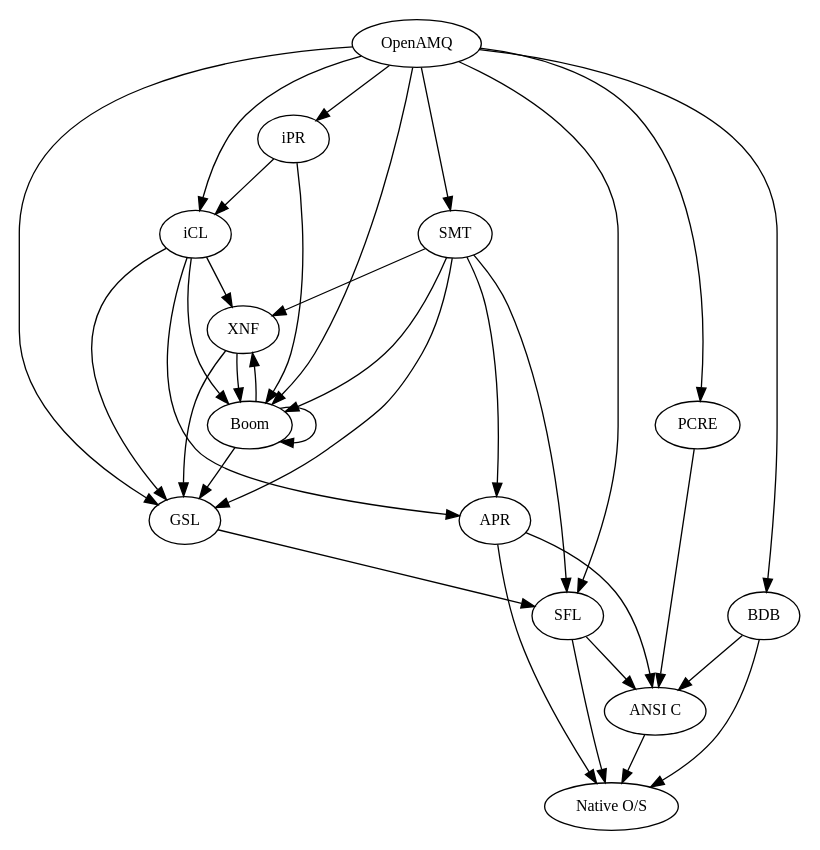
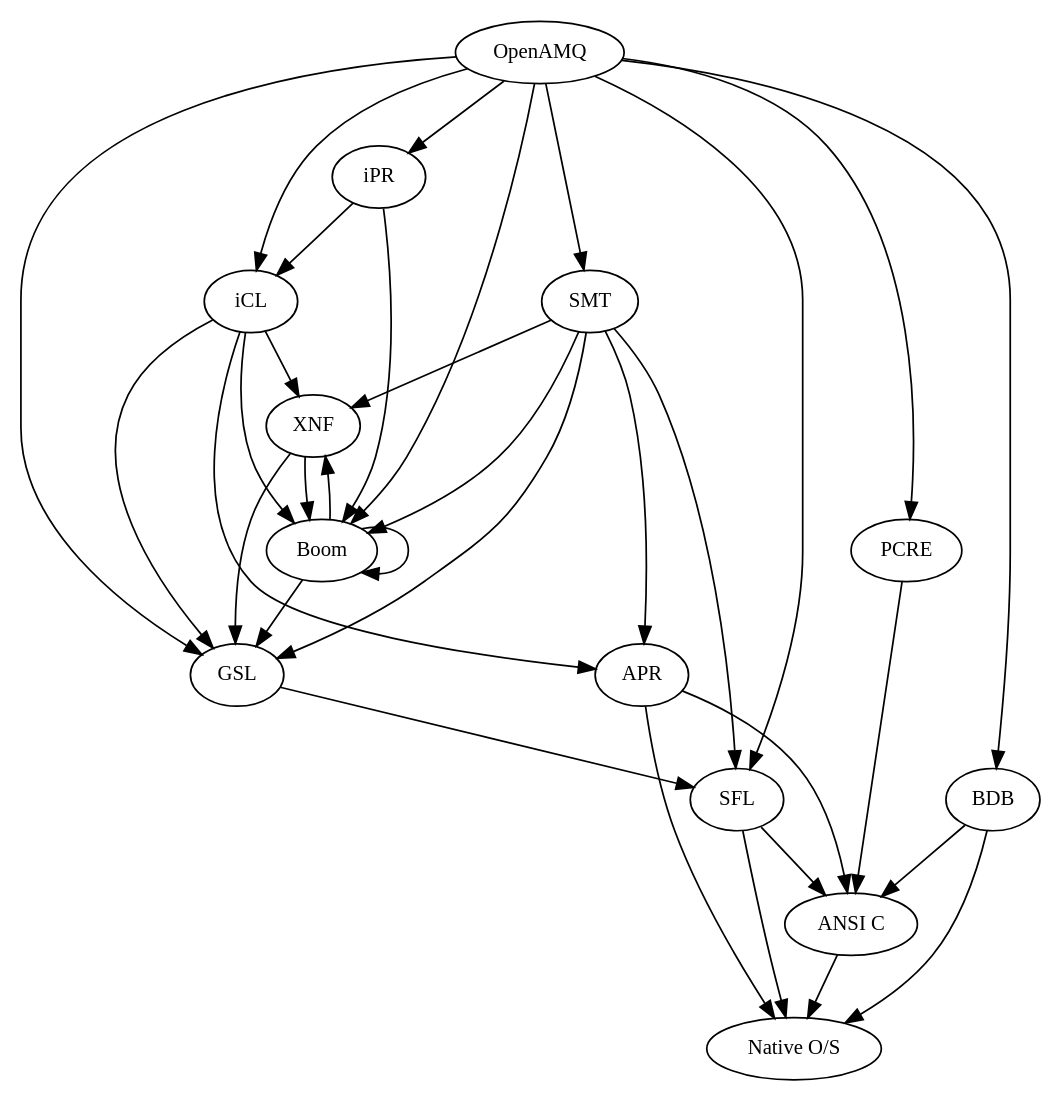
The diagram in doc/openamq_tools.dot (imatix/openamq), drawn with Graphviz before and after one commit. The commit also changed 6 other files, not shown here.

```diff
--- a/doc/openamq_tools.dot
+++ b/doc/openamq_tools.dot
@@ -1,41 +1,41 @@
 //  OpenAMQ technology dependency tree
 //  Build using dot
 digraph Tools {
-    size = "6,10";
+    size = "7.8,10";
     node [fontsize=12];
     OS [label = "Native O/S"];
     C  [label = "ANSI C"];
     C       -> OS;
     SFL     -> OS;
     SFL     -> C;
     APR     -> OS;
     APR     -> C;
     BDB     -> OS;
     BDB     -> C;
     GSL     -> SFL;
     SMT     -> SFL;
     SMT     -> APR;
     SMT     -> XNF;
     SMT     -> Boom;
     SMT     -> GSL;
     XNF     -> GSL;
     XNF     -> Boom;
     iCL     -> XNF;
     iCL     -> Boom;
     iCL     -> APR;
     iCL     -> GSL;
     iPR     -> Boom;
     iPR     -> iCL;
     Boom    -> Boom;
     Boom    -> XNF;
     Boom    -> GSL;
     OpenAMQ -> SMT;
     OpenAMQ -> SFL;
     OpenAMQ -> iCL;
     OpenAMQ -> iPR;
     OpenAMQ -> BDB;
     OpenAMQ -> GSL;
     OpenAMQ -> Boom;
     OpenAMQ -> PCRE;
     PCRE    -> C;
 }
```
